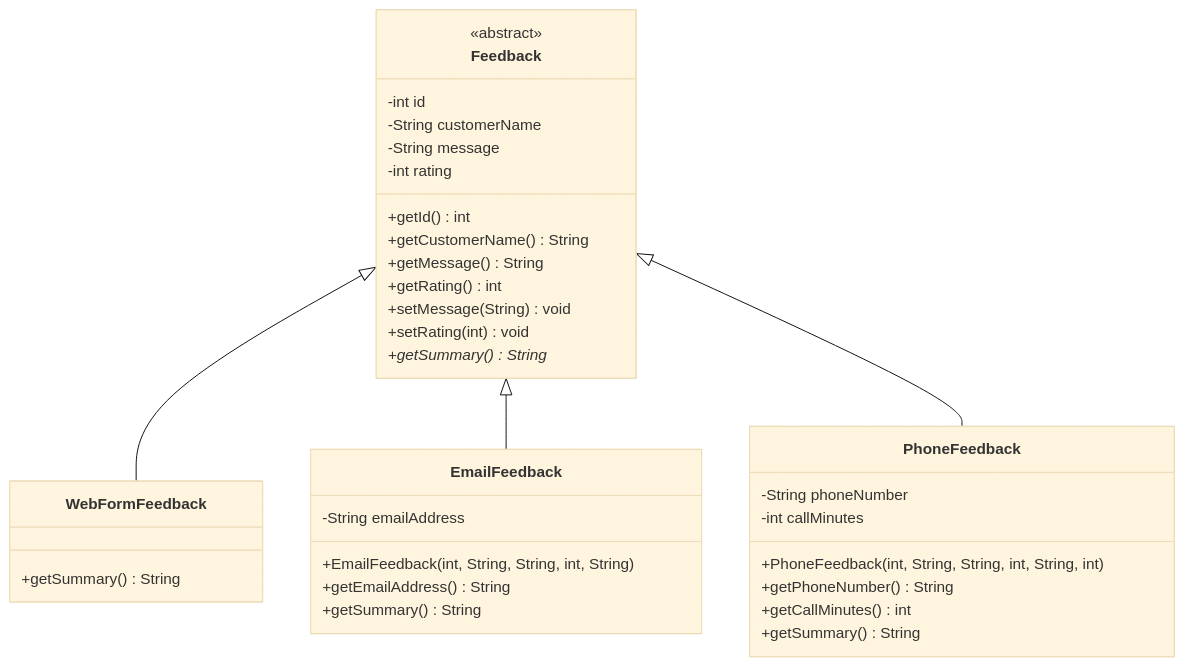
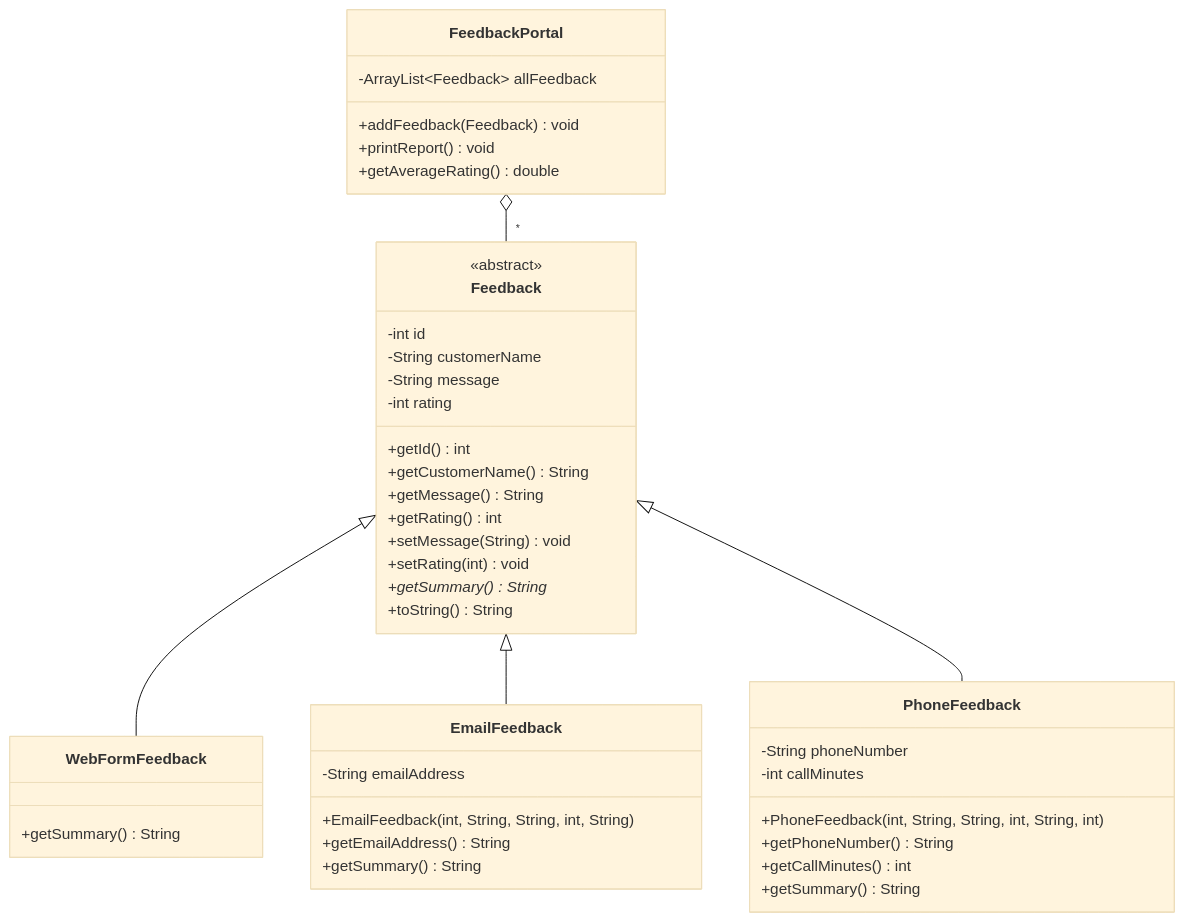
The diagram in experiments_area/from_almuatsam/FeedbackAbstraction/UML.md (CodelineAtyab/RedStackExperimentProject), drawn with Mermaid (base theme) before and after one commit. The commit also changed 4 other files, not shown here.

Commit message:
Add feedback portal polymorphism exercise

````diff
--- a/experiments_area/from_almuatsam/FeedbackAbstraction/UML.md
+++ b/experiments_area/from_almuatsam/FeedbackAbstraction/UML.md
@@ -3,41 +3,50 @@
 ```mermaid
 classDiagram
+    class FeedbackPortal {
+        -ArrayList~Feedback~ allFeedback
+        +addFeedback(Feedback) void
+        +printReport() void
+        +getAverageRating() double
+    }
+
     class Feedback {
         <<abstract>>
         -int id
         -String customerName
         -String message
         -int rating
         +getId() int
         +getCustomerName() String
         +getMessage() String
         +getRating() int
         +setMessage(String) void
         +setRating(int) void
         +getSummary() String*
+        +toString() String
     }
 
     class WebFormFeedback {
         +getSummary() String
     }
 
     class EmailFeedback {
         -String emailAddress
         +EmailFeedback(int, String, String, int, String)
         +getEmailAddress() String
         +getSummary() String
     }
 
     class PhoneFeedback {
         -String phoneNumber
         -int callMinutes
         +PhoneFeedback(int, String, String, int, String, int)
         +getPhoneNumber() String
         +getCallMinutes() int
         +getSummary() String
     }
 
     Feedback <|-- WebFormFeedback
     Feedback <|-- EmailFeedback
     Feedback <|-- PhoneFeedback
+    FeedbackPortal o-- "*" Feedback
 ```
````
